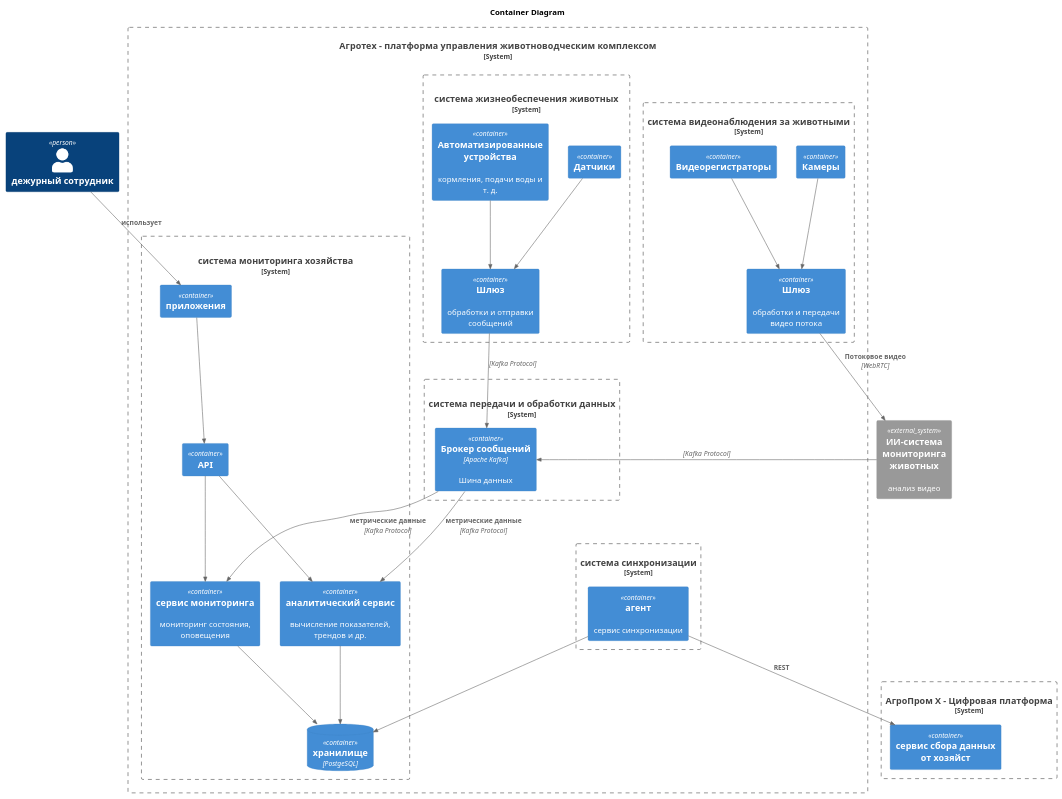
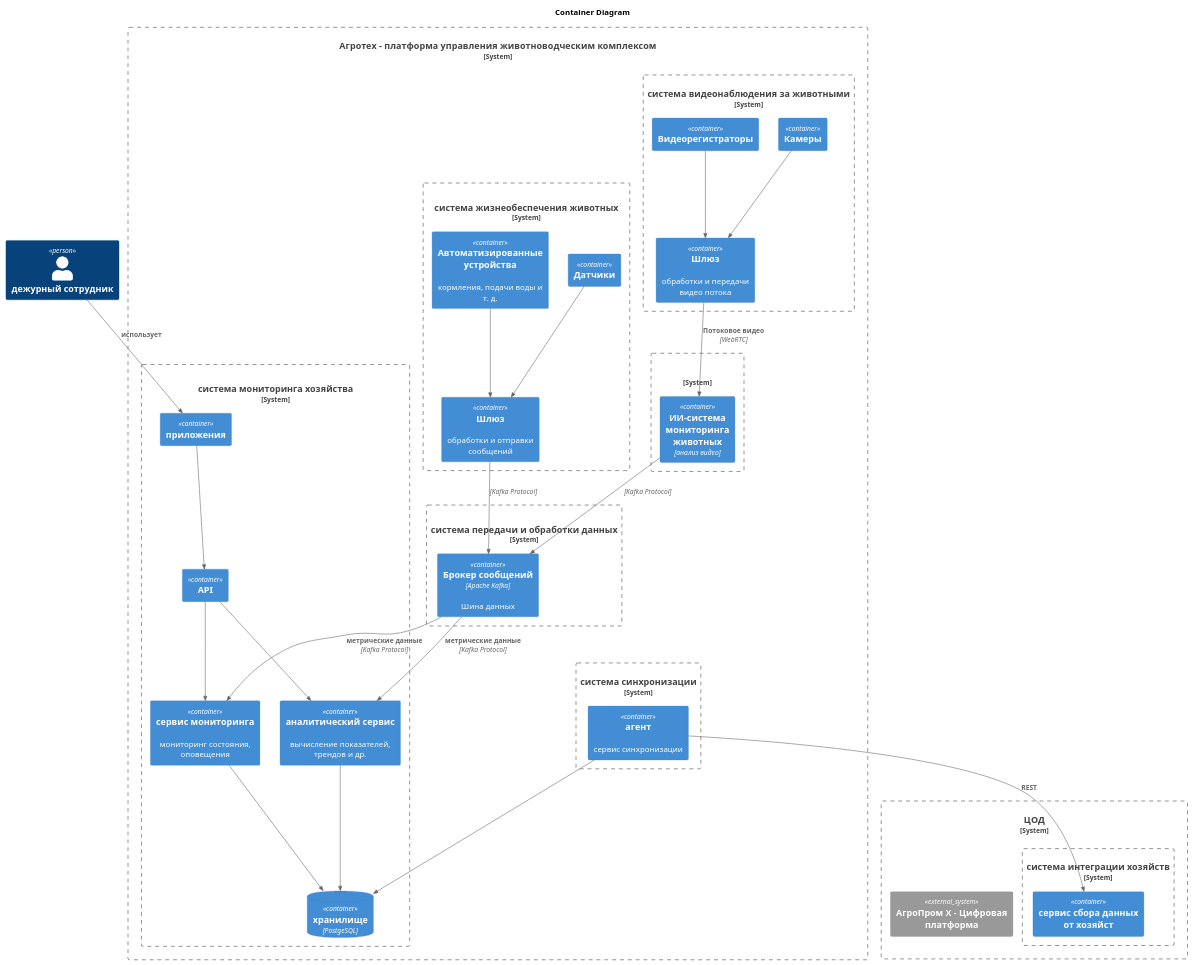
The diagram in TASK2/agrotech_v1_С2.puml (Bessolitsyn/MSA-AgroTech), drawn with PlantUML before and after one commit. The commit also changed 8 other files, not shown here.

```diff
--- a/TASK2/agrotech_v1_С2.puml
+++ b/TASK2/agrotech_v1_С2.puml
@@ -1,69 +1,75 @@
 @startuml агро_V1_С2
 
 !include https://raw.githubusercontent.com/plantuml-stdlib/C4-PlantUML/master/C4_Container.puml
 
 ' !include C4_Context.puml
 ' !include C4_Container.puml
 ' !include C4_Component.puml
 title "Container Diagram"
 
 Person(сотрудник, "дежурный сотрудник")
 
 
 System_Boundary(платформа, "Агротех  - платформа управления животноводческим комплексом") {
 
     System_Boundary(databus, "система передачи и обработки данных", "сбор данных от технических систем, структурирование, хранение ") {        
         Container(broker, "Брокер сообщений","Apache Kafka", "Шина данных")        
         
         'Rel(broker, storage, "")
     }
     System_Boundary(животноводство,"система жизнеобеспечения животных", "Мниторинг состояния технических средств(кормушки, поилки и др)") {
         Container(sensors, "Датчики", "", "")
         Container(gateway, "Шлюз", "", "обработки и отправки сообщений")
         Container(devices, "Автоматизированные устройства ", "", "кормления, подачи воды и т. д.")        
         Rel(sensors, gateway, "")
         Rel(devices, gateway, "")
         Rel(gateway, broker, "", "Kafka Protocol")
     }
     System_Boundary(видео,"система видеонаблюдения за животными", "") {
         Container(camera, "Камеры")
         Container(streaming, "Шлюз", "", "обработки и передачи видео потока")
         Container(recivers, " Видеорегистраторы")        
         Rel(camera, streaming, "")
         Rel(recivers, streaming, "")
         
     }
     System_Boundary(цуп, "система мониторинга хозяйства", "управление,  мониторинг, анализ, оповещение, отчетность") {
         Container(api, "API")
         Container(app, "приложения")
         Container(bi, "аналитический сервис", "", "вычисление показателей, трендов и др.")
         Container(supervisor, "сервис мониторинга", "", "мониторинг состояния, оповещения")
         ContainerDb(storage, "xранилище","PostgeSQL", "")
         Rel(app, api, "")
         Rel(broker, bi, "метрические данные", "Kafka Protocol")
         Rel(broker, supervisor, "метрические данные", "Kafka Protocol")
         Rel(bi, storage, "")
         Rel(supervisor, storage, "")
         Rel(api, bi, "")
         Rel(api, supervisor, "")
     }
 
     System_Boundary(agent_, "система синхронизации",""){
         Container(agent, "агент", "", "сервис синхронизации")
         Rel(agent, storage, "")
     }
+    System_Boundary(ai_,"",""){
+        Container(ai, "ИИ-система мониторинга животных", "анализ видео") 
+    }
 }
-System_Boundary(платформаX, "АгроПром Х - Цифровая платформа",""){
-    Container(collector, "сервис сбора данных от хозяйст")        
+System_Boundary(платформа_, "ЦОД") {       
+    System_Boundary(server, "система интеграции хозяйств"){
+        Container(collector, "сервис сбора данных от хозяйст")
+    }         
+    System_Ext(платформаX, "АгроПром Х - Цифровая платформа")  
+            
 }
 Rel(agent, collector, "REST")
 
-System_Ext(ai, "ИИ-система мониторинга животных", "анализ видео") 
 Rel(streaming, ai, "Потоковое видео","WebRTC")        
 Rel(ai, broker, "", "Kafka Protocol")  
 Rel(сотрудник, app, "использует")   
    
 
 
 
 @enduml
```
